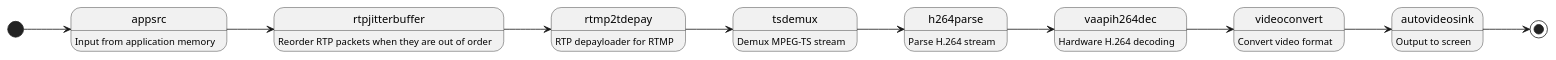
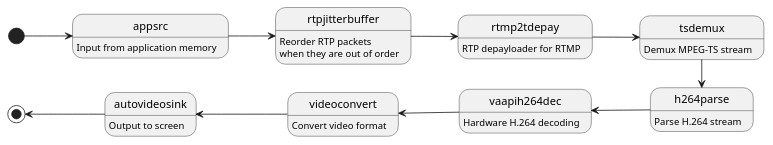
One commit to Luxuride/distributed-video-streaming-platform-thesis changed the diagram in renderer-pipeline.puml. Above: the diagram before and after it, drawn with PlantUML. The commit also changed 23 other files, not shown here.

```diff
--- a/renderer-pipeline.puml
+++ b/renderer-pipeline.puml
@@ -1,20 +1,20 @@
 @startuml
 left to right direction
 [*] --> appsrc
 appsrc: Input from application memory
 appsrc --> rtpjitterbuffer
-rtpjitterbuffer: Reorder RTP packets when they are out of order
+rtpjitterbuffer: Reorder RTP packets\nwhen they are out of order
 rtpjitterbuffer --> rtmp2tdepay
 rtmp2tdepay: RTP depayloader for RTMP
 rtmp2tdepay --> tsdemux
 tsdemux: Demux MPEG-TS stream
-tsdemux --> h264parse
+tsdemux -right-> h264parse
 h264parse: Parse H.264 stream
-h264parse --> vaapih264dec
+h264parse -up-> vaapih264dec
 vaapih264dec: Hardware H.264 decoding
-vaapih264dec --> videoconvert
+vaapih264dec -up-> videoconvert
 videoconvert: Convert video format
-videoconvert --> autovideosink
+videoconvert -up-> autovideosink
 autovideosink: Output to screen
-autovideosink --> [*]
+autovideosink -up-> [*]
 @enduml
```
